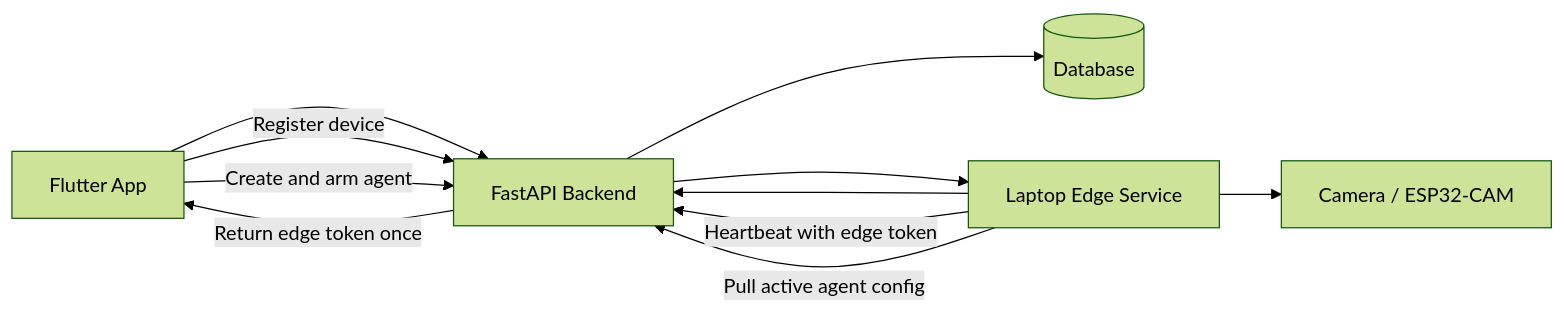
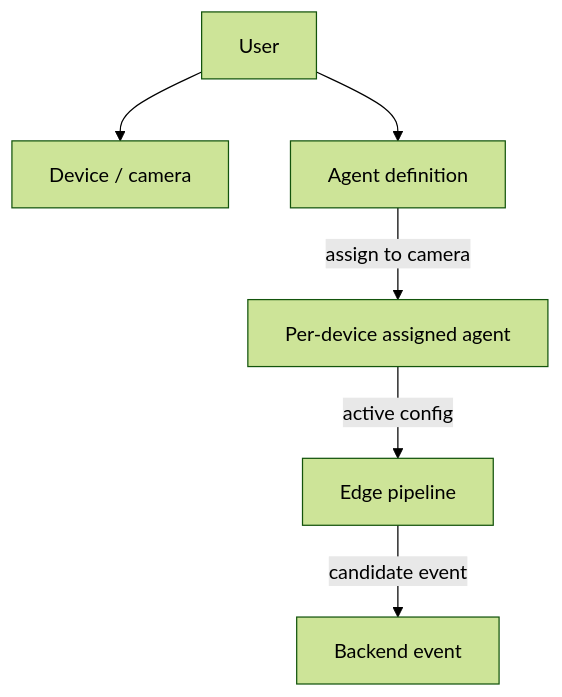
Before and after one commit to nickyui99/erlang-ai-vision-fullstack: the third of 6 diagrams in docs/backend/architecture.md, drawn with Mermaid (forest theme). The commit also changed other lines of this file and 8 other files, not shown here.

Commit message:
Update docs for current fullstack edge flow

````diff
--- a/docs/backend/architecture.md
+++ b/docs/backend/architecture.md
@@ -47,14 +63,8 @@
 ```mermaid
-flowchart LR
-    Flutter[Flutter App] --> Backend[FastAPI Backend]
-    Backend --> DB[(Database)]
-    Backend --> Edge[Laptop Edge Service]
-    Edge --> Camera[Camera / ESP32-CAM]
-    Edge --> Backend
-
-    Flutter -->|Register device| Backend
-    Backend -->|Return edge token once| Flutter
-    Edge -->|Heartbeat with edge token| Backend
-    Flutter -->|Create and arm agent| Backend
-    Edge -->|Pull active agent config| Backend
+flowchart TD
+    User[User] --> Device[Device / camera]
+    User --> Definition[Agent definition]
+    Definition -->|assign to camera| SubAgent[Per-device assigned agent]
+    SubAgent -->|active config| Edge[Edge pipeline]
+    Edge -->|candidate event| Event[Backend event]
 ```
````
